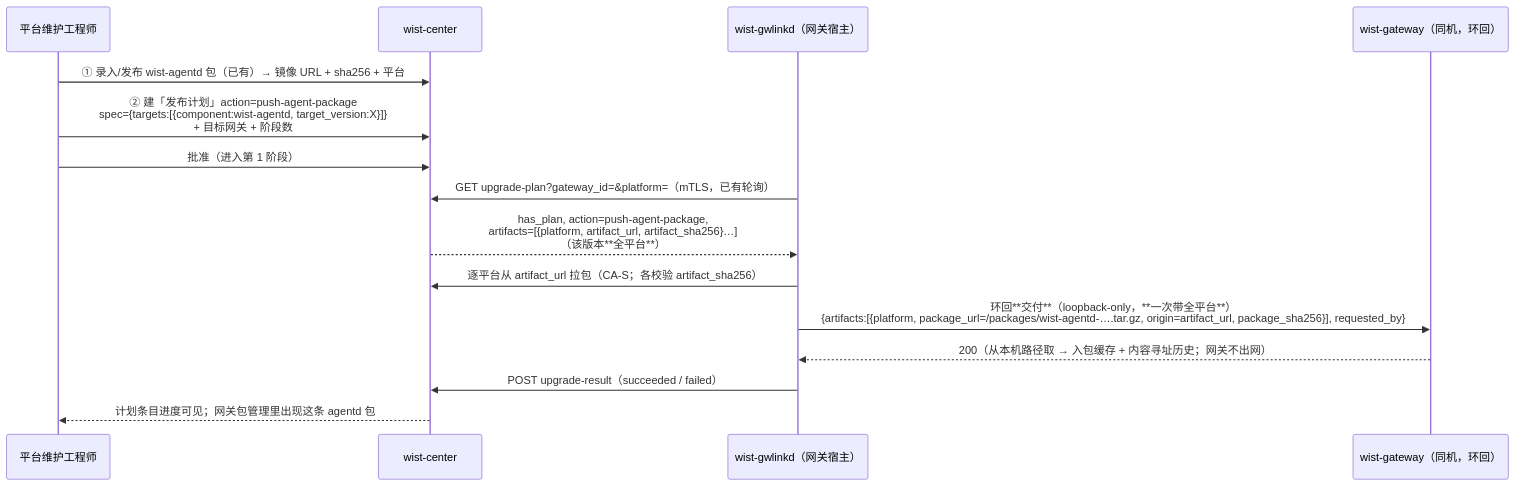
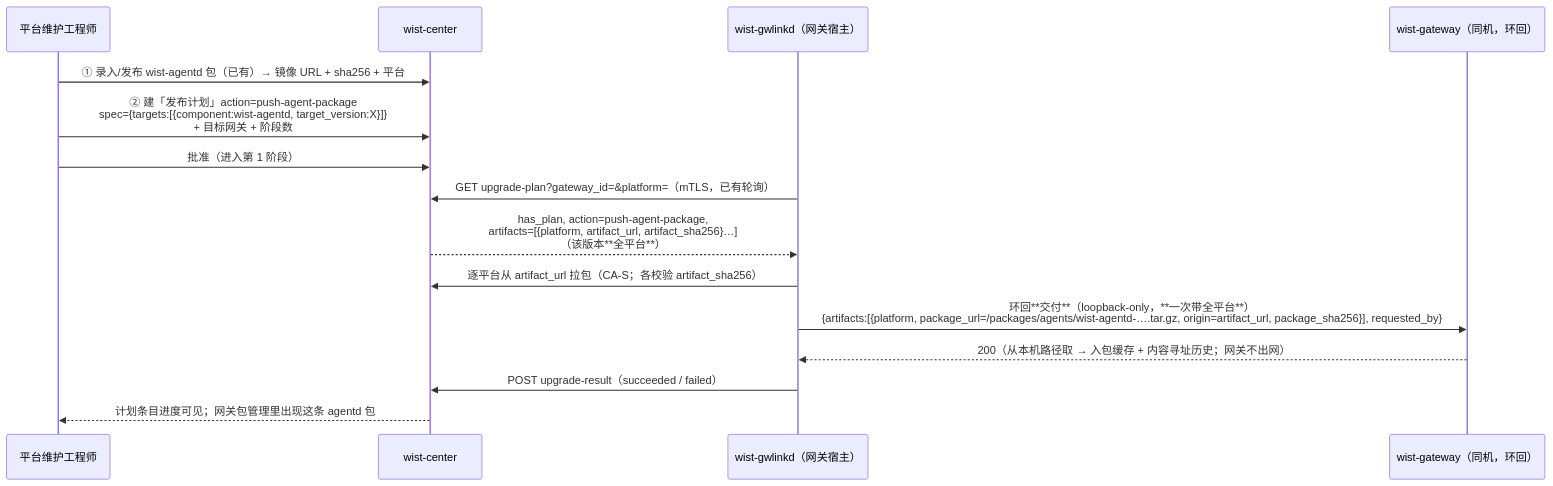
Before and after one commit to dayu-sec/wist-design: the diagram in doc/design/edge/agent-package-push-to-gateways.md, drawn with Mermaid. The commit also changed other lines of this file, not shown here.

First line of the commit message:
docs(design): ② 交付区记为 packages/agents，并登记 TOML 键序坑

````diff
--- a/doc/design/edge/agent-package-push-to-gateways.md
+++ b/doc/design/edge/agent-package-push-to-gateways.md
@@ -46,18 +46,18 @@
 ```mermaid
 sequenceDiagram
     participant Eng as 平台维护工程师
     participant C as wist-center
     participant L as wist-gwlinkd（网关宿主）
     participant G as wist-gateway（同机，环回）
 
     Eng->>C: ① 录入/发布 wist-agentd 包（已有）→ 镜像 URL + sha256 + 平台
     Eng->>C: ② 建「发布计划」action=push-agent-package<br/>spec={targets:[{component:wist-agentd, target_version:X}]}<br/>+ 目标网关 + 阶段数
     Eng->>C: 批准（进入第 1 阶段）
     L->>C: GET upgrade-plan?gateway_id=&platform=（mTLS，已有轮询）
     C-->>L: has_plan, action=push-agent-package,<br/>artifacts=[{platform, artifact_url, artifact_sha256}…]<br/>（该版本**全平台**）
     L->>C: 逐平台从 artifact_url 拉包（CA-S；各校验 artifact_sha256）
-    L->>G: 环回**交付**（loopback-only，**一次带全平台**）<br/>{artifacts:[{platform, package_url=/packages/wist-agentd-….tar.gz, origin=artifact_url, package_sha256}], requested_by}
+    L->>G: 环回**交付**（loopback-only，**一次带全平台**）<br/>{artifacts:[{platform, package_url=/packages/agents/wist-agentd-….tar.gz, origin=artifact_url, package_sha256}], requested_by}
     G-->>L: 200（从本机路径取 → 入包缓存 + 内容寻址历史；网关不出网）
     L->>C: POST upgrade-result（succeeded / failed）
     C-->>Eng: 计划条目进度可见；网关包管理里出现这条 agentd 包
 ```
````
